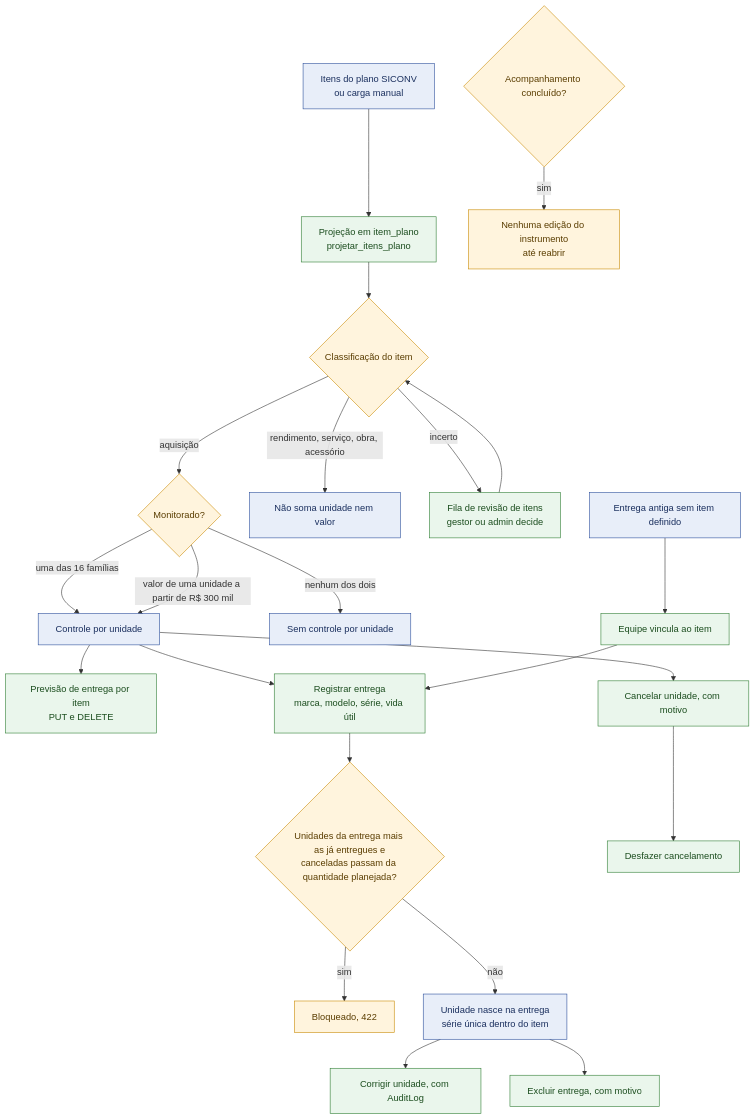
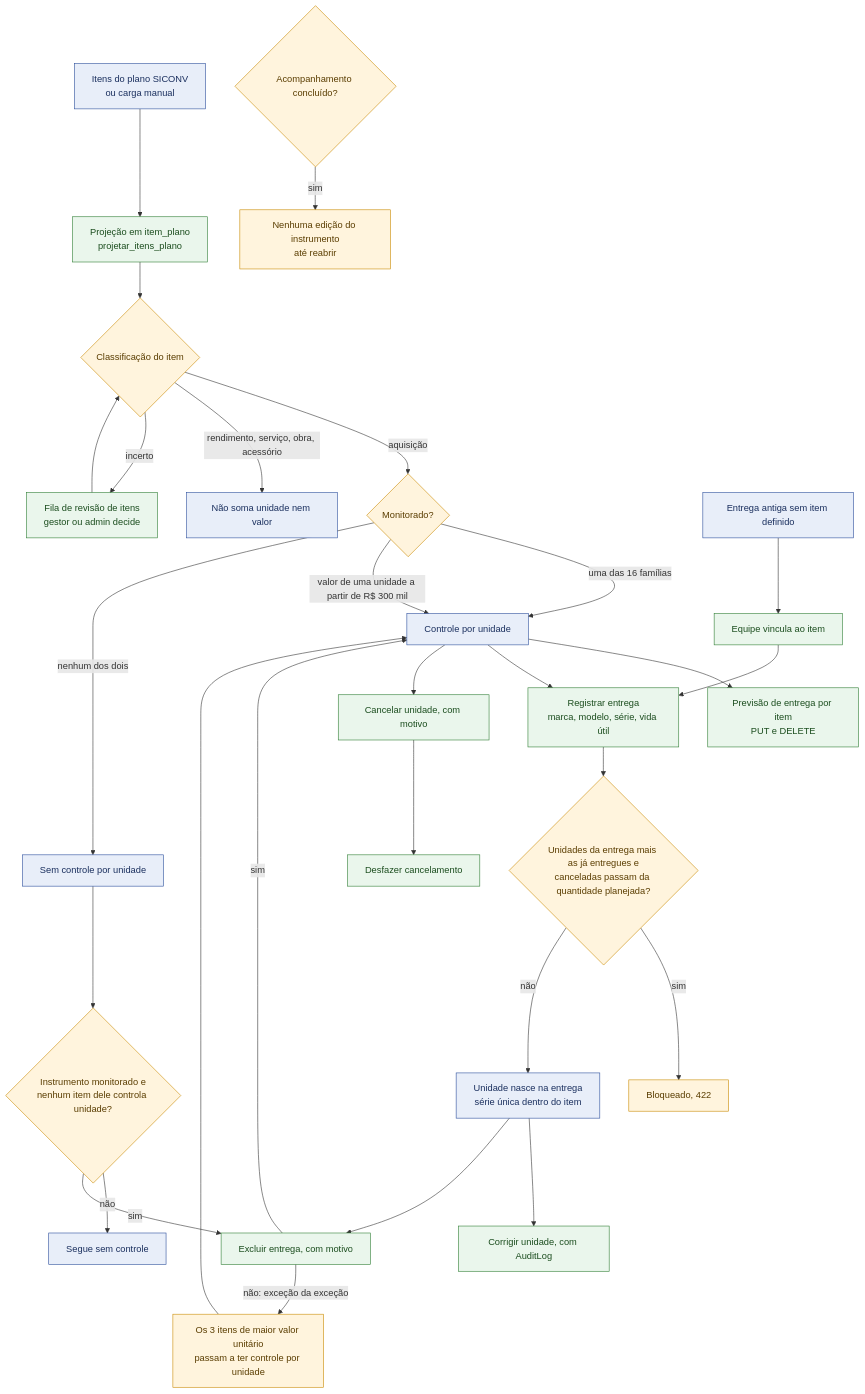
One commit to devs-ministerio/par_equipamentos changed the fifth of 11 diagrams in docs/arquitetura/mapa-monitoramento-interno-2026-11-19.md. Above: the diagram before and after it, drawn with Mermaid. The commit also changed other lines of this file and 2 other files, not shown here.

Commit message:
docs: Radar com pop-up único, concluído unificado e exceções de unidade no mapa

````diff
--- a/docs/arquitetura/mapa-monitoramento-interno-2026-11-19.md
+++ b/docs/arquitetura/mapa-monitoramento-interno-2026-11-19.md
@@ -139,28 +139,34 @@
 ```mermaid
 flowchart TB
     classDef dado fill:#E8EEF9,stroke:#2A4D9B,color:#1a2f5e
     classDef acao fill:#EAF6EC,stroke:#2E7D32,color:#1b4d1e
     classDef regra fill:#FFF4DD,stroke:#C98A00,color:#5a3d00
 
     SICONV["Itens do plano SICONV<br/>ou carga manual"]:::dado --> PROJ["Projeção em item_plano<br/>projetar_itens_plano"]:::acao
     PROJ --> CLASS{"Classificação do item"}:::regra
     CLASS -->|"aquisição"| MON{"Monitorado?"}:::regra
     CLASS -->|"rendimento, serviço, obra, acessório"| FORA["Não soma unidade nem valor"]:::dado
     CLASS -->|"incerto"| FILA["Fila de revisão de itens<br/>gestor ou admin decide"]:::acao
     FILA --> CLASS
     MON -->|"uma das 16 famílias"| SIM["Controle por unidade"]:::dado
     MON -->|"valor de uma unidade a partir de R$ 300 mil"| SIM
     MON -->|"nenhum dos dois"| NAO["Sem controle por unidade"]:::dado
+    NAO --> INST{"Instrumento monitorado e<br/>nenhum item dele controla unidade?"}:::regra
+    INST -->|"não"| FIM0["Segue sem controle"]:::dado
+    INST -->|"sim"| EXC{"Há item de aquisição com<br/>unidade a partir de R$ 100 mil?"}:::regra
+    EXC -->|"sim"| SIM
+    EXC -->|"não: exceção da exceção"| TOP["Os 3 itens de maior valor unitário<br/>passam a ter controle por unidade"]:::regra
+    TOP --> SIM
 
     SIM --> PREV["Previsão de entrega por item<br/>PUT e DELETE"]:::acao
     SIM --> ENT["Registrar entrega<br/>marca, modelo, série, vida útil"]:::acao
     ENT --> LIM{"Unidades da entrega mais as já entregues e<br/>canceladas passam da quantidade planejada?"}:::regra
     LIM -->|"sim"| BLOQ["Bloqueado, 422"]:::regra
     LIM -->|"não"| UNI["Unidade nasce na entrega<br/>série única dentro do item"]:::dado
     UNI --> CORR["Corrigir unidade, com AuditLog"]:::acao
     UNI --> EXC["Excluir entrega, com motivo"]:::acao
     SIM --> CANC["Cancelar unidade, com motivo"]:::acao
     CANC --> DESF["Desfazer cancelamento"]:::acao
     LEG["Entrega antiga sem item definido"]:::dado --> VINC["Equipe vincula ao item"]:::acao --> ENT
     CONC{"Acompanhamento concluído?"}:::regra -->|"sim"| TRAVA["Nenhuma edição do instrumento<br/>até reabrir"]:::regra
 ```
````
